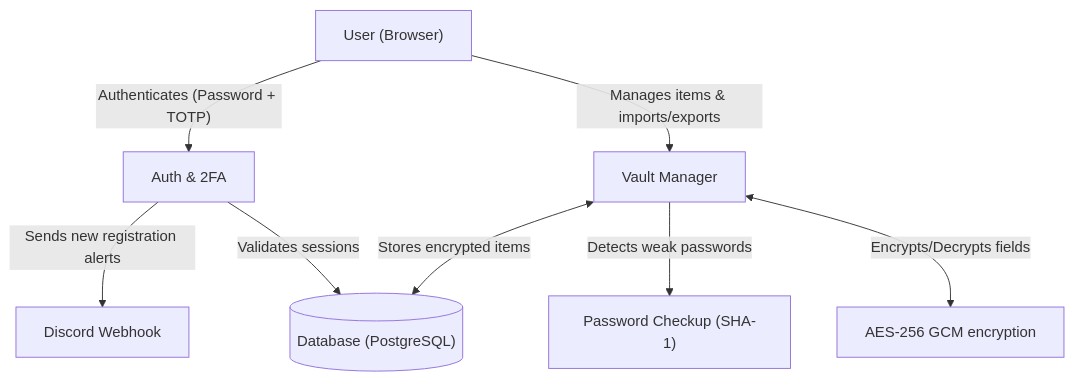
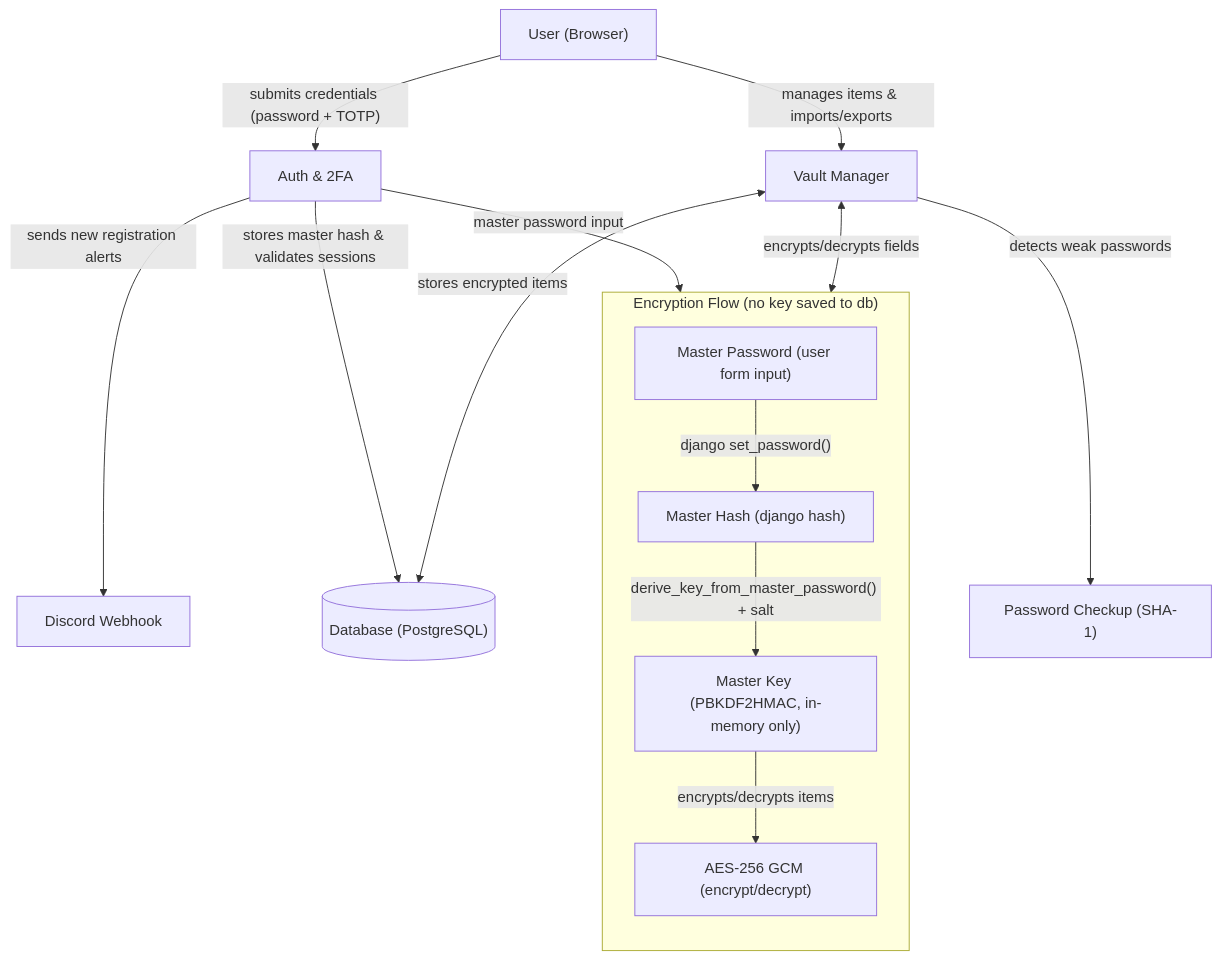
The first of 2 diagrams in README.md (KafetzisThomas/PassManagerWeb), drawn with Mermaid before and after one commit.

Commit message:
Update system architecture diagram with encryption key derivation flow [README]

````diff
--- a/README.md
+++ b/README.md
@@ -25,20 +25,32 @@
 ```mermaid
 flowchart TD
     User["User (Browser)"]
     Auth["Auth & 2FA"]
-    Encryption["AES-256 GCM encryption"]
     Vault["Vault Manager"]
     Checkup["Password Checkup (SHA-1)"]
     DB[("Database (PostgreSQL)")]
     Discord["Discord Webhook"]
 
-    User -->|"Authenticates (Password + TOTP)"| Auth
-    User -->|"Manages items & imports/exports"| Vault
+    subgraph EncryptionFlow ["Encryption Flow (no key saved to db)"]
+        direction TB
+        MasterPassword["Master Password (user form input)"]
+        MasterHash["Master Hash (django hash)"]
+        MasterKey["Master Key (PBKDF2HMAC, in-memory only)"]
+        AES["AES-256 GCM (encrypt/decrypt)"]
 
-    Auth -->|"Sends new registration alerts"| Discord
-    Auth -->|"Validates sessions"| DB
+        MasterPassword -->|"django set_password()"| MasterHash
+        MasterHash -->|"derive_key_from_master_password() + salt"| MasterKey
+        MasterKey -->|"encrypts/decrypts items"| AES
+    end
 
-    Vault -->|"Detects weak passwords"| Checkup
-    Vault <-->|"Encrypts/Decrypts fields"| Encryption
-    Vault <-->|"Stores encrypted items"| DB
+    User -->|"submits credentials (password + TOTP)"| Auth
+    User -->|"manages items & imports/exports"| Vault
+
+    Auth -->|"master password input"| MasterPassword
+    Auth -->|"sends new registration alerts"| Discord
+    Auth -->|"stores master hash & validates sessions"| DB
+
+    Vault -->|"detects weak passwords"| Checkup
+    Vault <-->|"encrypts/decrypts fields"| AES
+    Vault <-->|"stores encrypted items"| DB
 ```
````
